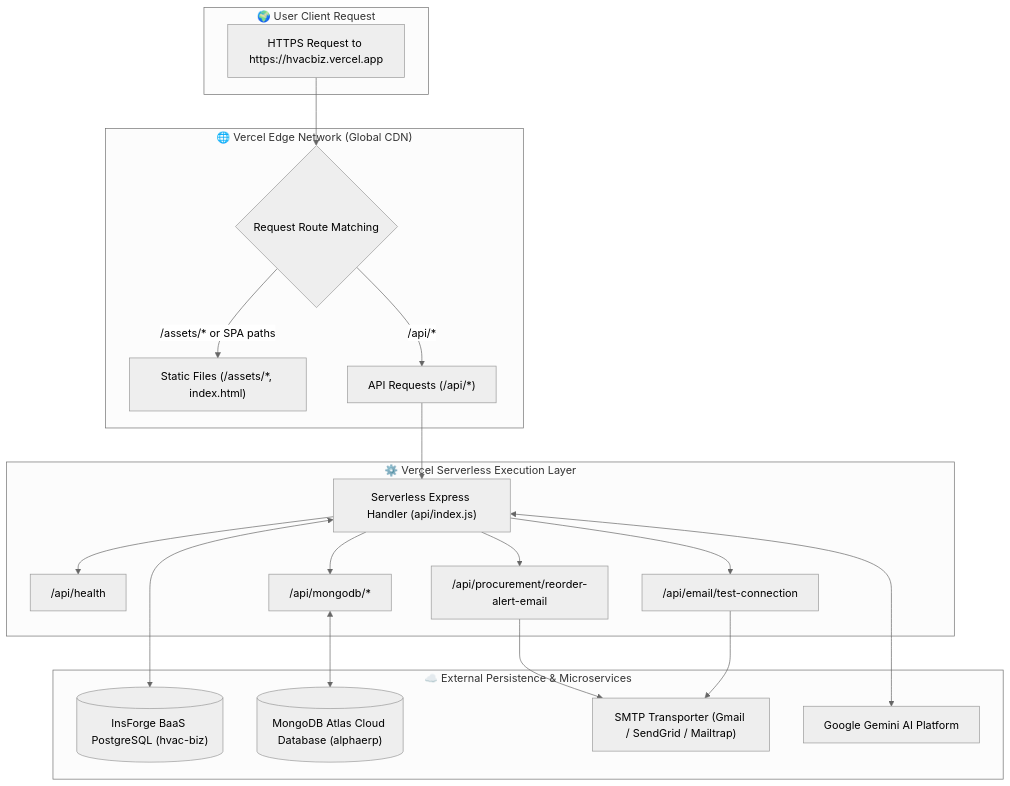
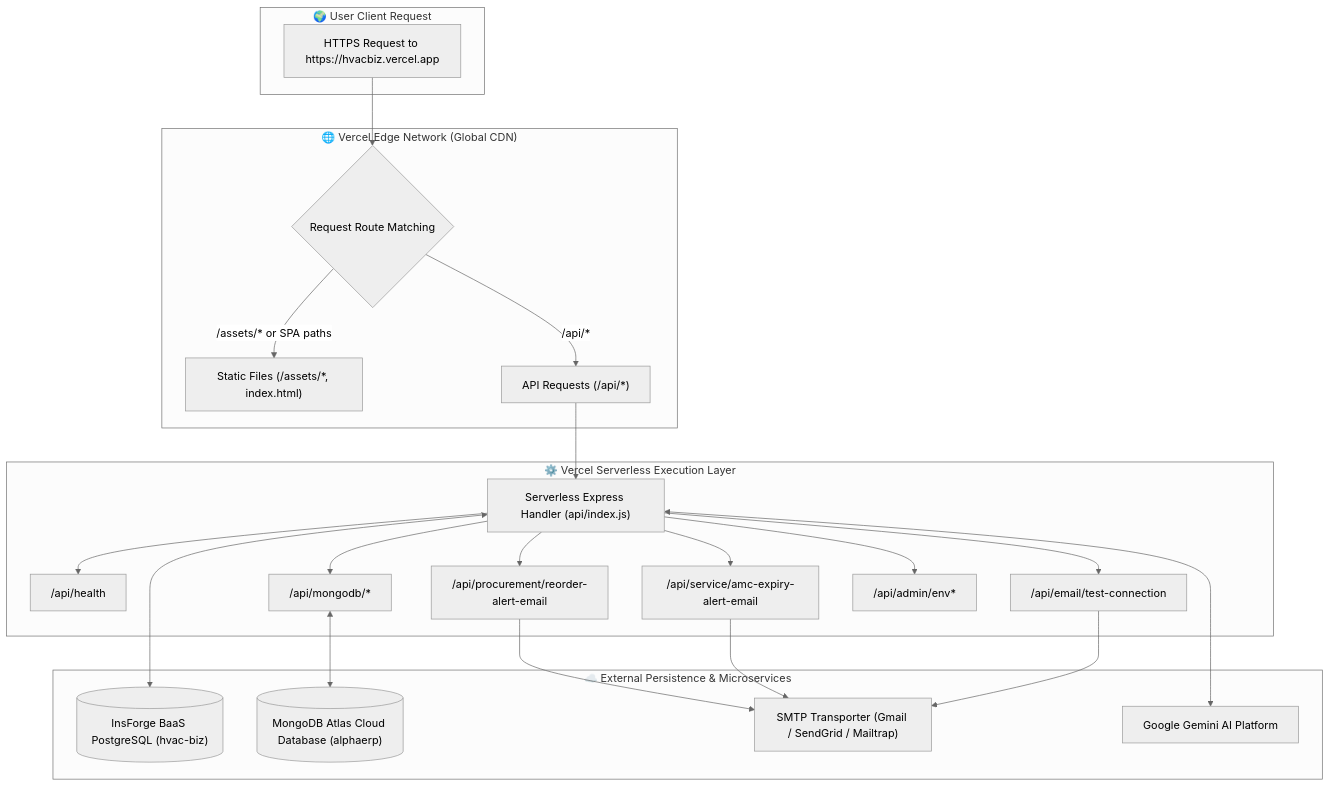
The diagram in VERCEL_DEPLOYMENT_GUIDE.md (shivenkg/AlphaERP-V1), drawn with Mermaid (neutral theme) before and after one commit. The commit also changed other lines of this file and 11 other files, not shown here.

````diff
--- a/VERCEL_DEPLOYMENT_GUIDE.md
+++ b/VERCEL_DEPLOYMENT_GUIDE.md
@@ -16,42 +16,47 @@
 ```mermaid
 flowchart TD
     subgraph Client["🌍 User Client Request"]
         Request["HTTPS Request to https://hvacbiz.vercel.app"]
     end
 
     subgraph VercelEdge["🌐 Vercel Edge Network (Global CDN)"]
         Router{"Request Route Matching"}
         StaticAssets["Static Files (/assets/*, index.html)"]
         APIRoute["API Requests (/api/*)"]
     end
 
     subgraph ServerlessCompute["⚙️ Vercel Serverless Execution Layer"]
         Function["Serverless Express Handler (api/index.js)"]
         HealthRoute["/api/health"]
         ProcureRoute["/api/procurement/reorder-alert-email"]
+        AMCEmailRoute["/api/service/amc-expiry-alert-email"]
         EmailTestRoute["/api/email/test-connection"]
         MongoRoutes["/api/mongodb/*"]
+        AdminEnvRoute["/api/admin/env*"]
         
         Function --> HealthRoute
         Function --> ProcureRoute
+        Function --> AMCEmailRoute
         Function --> EmailTestRoute
         Function --> MongoRoutes
+        Function --> AdminEnvRoute
     end
 
     subgraph CloudPersistence["☁️ External Persistence & Microservices"]
         InsForgeBaaS[("InsForge BaaS PostgreSQL (hvac-biz)")]
         MongoDB[("MongoDB Atlas Cloud Database (alphaerp)")]
         SMTP["SMTP Transporter (Gmail / SendGrid / Mailtrap)"]
         GeminiAPI["Google Gemini AI Platform"]
     end
 
     Request --> Router
     Router -- "/assets/* or SPA paths" --> StaticAssets
     Router -- "/api/*" --> APIRoute
     APIRoute --> Function
     Function <--> InsForgeBaaS
     MongoRoutes <--> MongoDB
     ProcureRoute --> SMTP
+    AMCEmailRoute --> SMTP
     EmailTestRoute --> SMTP
     Function <--> GeminiAPI
 ```
````
